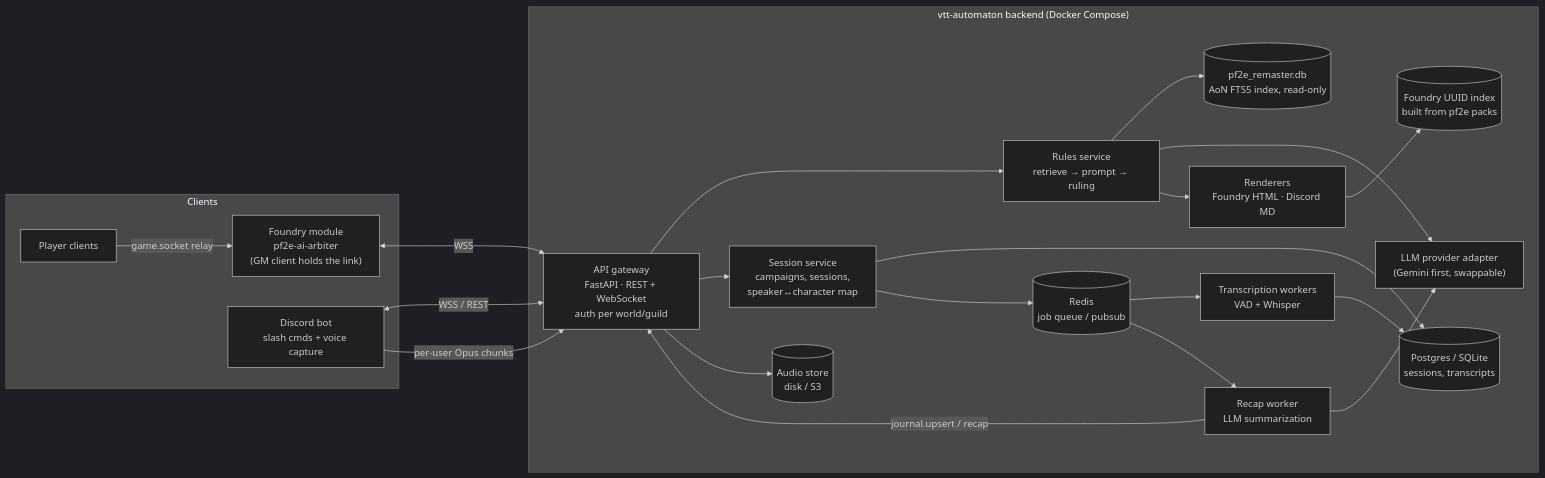
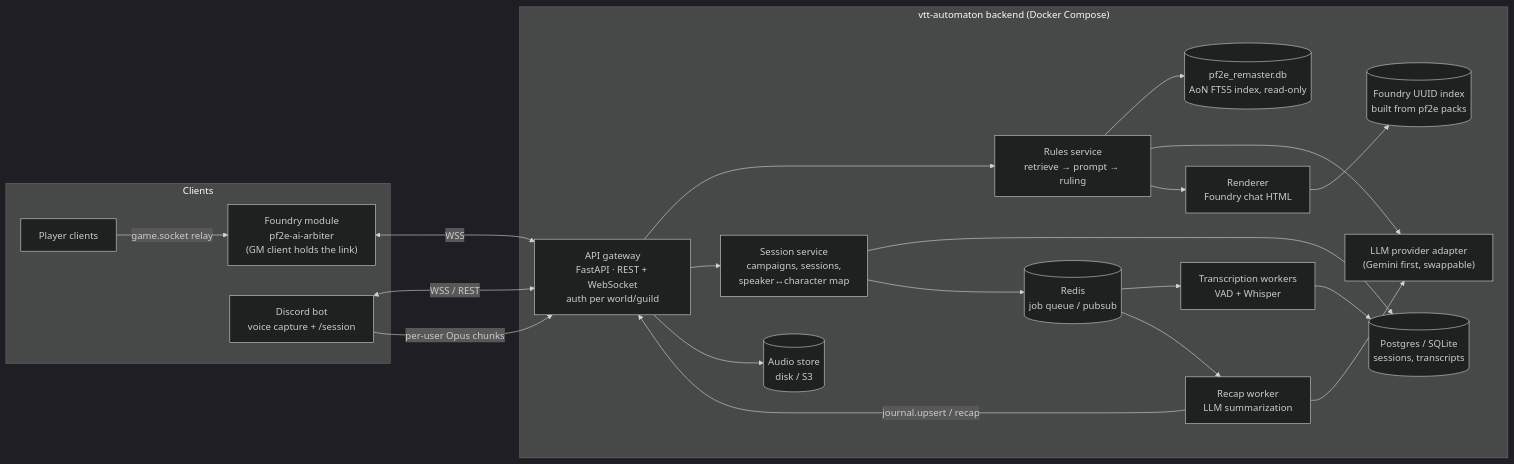
One commit to mafkin/vtt-automaton changed the diagram in docs/ARCHITECTURE.md. Above: the diagram before and after it, drawn with Mermaid (dark theme). The commit also changed other lines of this file and 15 other files, not shown here.

````diff
--- a/docs/ARCHITECTURE.md
+++ b/docs/ARCHITECTURE.md
@@ -28,35 +29,35 @@
 ```mermaid
 flowchart LR
   subgraph Clients
     FV["Foundry module<br/>pf2e-ai-arbiter<br/>(GM client holds the link)"]
     PL["Player clients"] -- "game.socket relay" --> FV
-    DB["Discord bot<br/>slash cmds + voice capture"]
+    DB["Discord bot<br/>voice capture + /session"]
   end
 
   subgraph Backend["vtt-automaton backend (Docker Compose)"]
     API["API gateway<br/>FastAPI · REST + WebSocket<br/>auth per world/guild"]
     RULES["Rules service<br/>retrieve → prompt → ruling"]
     SESS["Session service<br/>campaigns, sessions,<br/>speaker↔character map"]
     STT["Transcription workers<br/>VAD + Whisper"]
     SUM["Recap worker<br/>LLM summarization"]
-    REND["Renderers<br/>Foundry HTML · Discord MD"]
+    REND["Renderer<br/>Foundry chat HTML"]
     Q[("Redis<br/>job queue / pubsub")]
     PG[("Postgres / SQLite<br/>sessions, transcripts")]
     AON[("pf2e_remaster.db<br/>AoN FTS5 index, read-only")]
     UUID[("Foundry UUID index<br/>built from pf2e packs")]
     AUD[("Audio store<br/>disk / S3")]
     LLM["LLM provider adapter<br/>(Gemini first, swappable)"]
   end
 
   FV <-- "WSS" --> API
   DB <-- "WSS / REST" --> API
   DB -- "per-user Opus chunks" --> API
   API --> RULES --> AON
   RULES --> LLM
   RULES --> REND --> UUID
   API --> SESS --> PG
   API --> AUD
   SESS --> Q --> STT --> PG
   Q --> SUM --> LLM
   SUM -- "journal.upsert / recap" --> API
 ```
````
